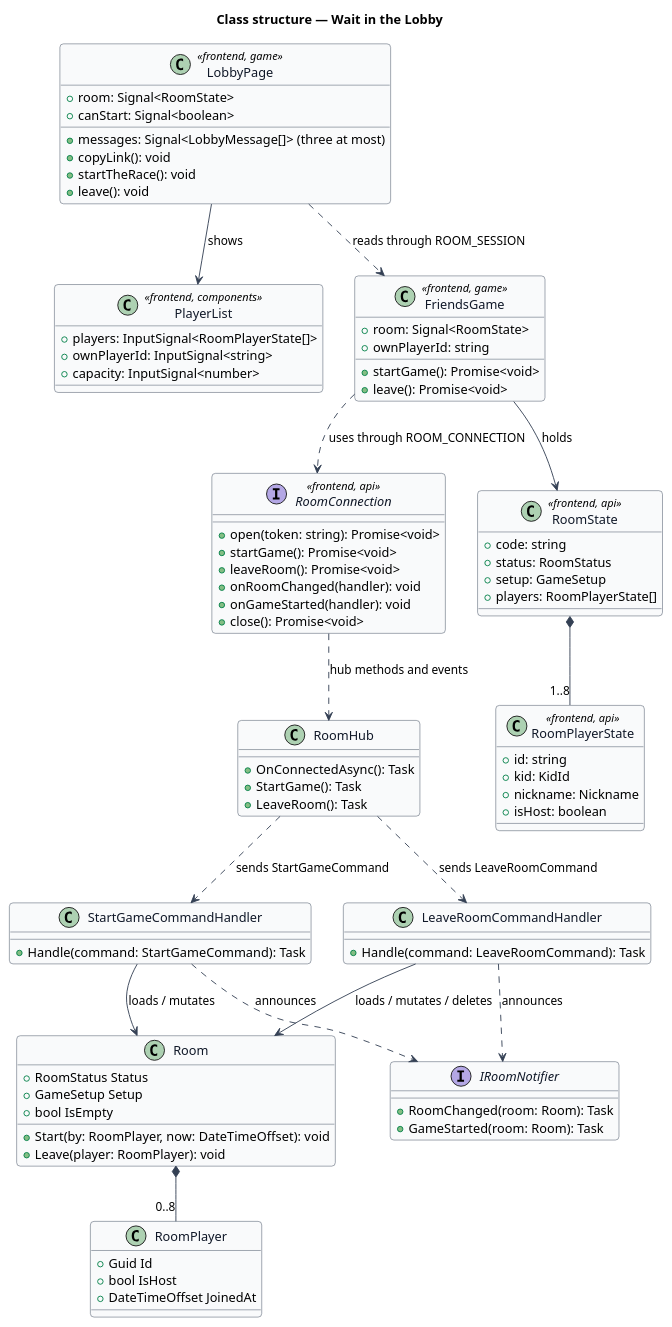
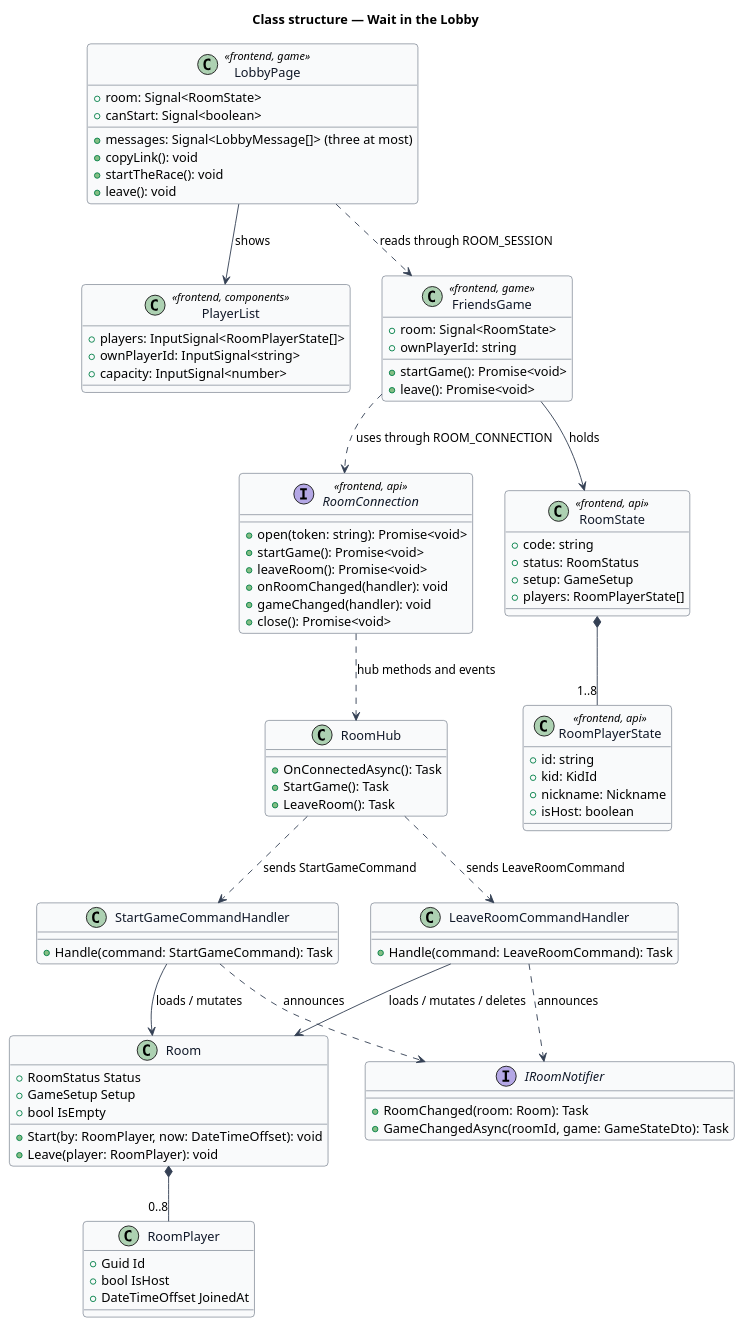
One commit to QuinntyneBrown/around-the-world changed the diagram in docs/detailed-designs/rooms/wait-in-lobby/diagrams/class-structure.puml. Above: the diagram before and after it, drawn with PlantUML. The commit also changed 20 other files, not shown here.

First line of the commit message:
Journey 14: mark it complete, record its lessons, the budget, the diagrams and the components extended

```diff
--- a/docs/detailed-designs/rooms/wait-in-lobby/diagrams/class-structure.puml
+++ b/docs/detailed-designs/rooms/wait-in-lobby/diagrams/class-structure.puml
@@ -1,96 +1,96 @@
 @startuml
 ' --- shared skin header ---
 skinparam backgroundColor #FFFFFF
 skinparam shadowing false
 skinparam roundcorner 8
 skinparam defaultFontName Arial
 skinparam ArrowColor #344054
 skinparam class {
   BorderColor #344054
   FontColor #101828
   BackgroundColor #F9FAFB
 }
 ' --------------------------
 title Class structure — Wait in the Lobby
 
 class LobbyPage <<frontend, game>> {
   +room: Signal<RoomState>
   +canStart: Signal<boolean>
   +messages: Signal<LobbyMessage[]> (three at most)
   +copyLink(): void
   +startTheRace(): void
   +leave(): void
 }
 class PlayerList <<frontend, components>> {
   +players: InputSignal<RoomPlayerState[]>
   +ownPlayerId: InputSignal<string>
   +capacity: InputSignal<number>
 }
 class FriendsGame <<frontend, game>> {
   +room: Signal<RoomState>
   +ownPlayerId: string
   +startGame(): Promise<void>
   +leave(): Promise<void>
 }
 interface RoomConnection <<frontend, api>> {
   +open(token: string): Promise<void>
   +startGame(): Promise<void>
   +leaveRoom(): Promise<void>
   +onRoomChanged(handler): void
-  +onGameStarted(handler): void
+  +gameChanged(handler): void
   +close(): Promise<void>
 }
 class RoomState <<frontend, api>> {
   +code: string
   +status: RoomStatus
   +setup: GameSetup
   +players: RoomPlayerState[]
 }
 class RoomPlayerState <<frontend, api>> {
   +id: string
   +kid: KidId
   +nickname: Nickname
   +isHost: boolean
 }
 class RoomHub {
   +OnConnectedAsync(): Task
   +StartGame(): Task
   +LeaveRoom(): Task
 }
 class StartGameCommandHandler {
   +Handle(command: StartGameCommand): Task
 }
 class LeaveRoomCommandHandler {
   +Handle(command: LeaveRoomCommand): Task
 }
 class Room {
   +RoomStatus Status
   +GameSetup Setup
   +Start(by: RoomPlayer, now: DateTimeOffset): void
   +Leave(player: RoomPlayer): void
   +bool IsEmpty
 }
 class RoomPlayer {
   +Guid Id
   +bool IsHost
   +DateTimeOffset JoinedAt
 }
 interface IRoomNotifier {
   +RoomChanged(room: Room): Task
-  +GameStarted(room: Room): Task
+  +GameChangedAsync(roomId, game: GameStateDto): Task
 }
 
 LobbyPage --> PlayerList : shows
 LobbyPage ..> FriendsGame : reads through ROOM_SESSION
 FriendsGame ..> RoomConnection : uses through ROOM_CONNECTION
 FriendsGame --> RoomState : holds
 RoomState *-- "1..8" RoomPlayerState
 RoomConnection ..> RoomHub : hub methods and events
 RoomHub ..> StartGameCommandHandler : sends StartGameCommand
 RoomHub ..> LeaveRoomCommandHandler : sends LeaveRoomCommand
 StartGameCommandHandler --> Room : loads / mutates
 LeaveRoomCommandHandler --> Room : loads / mutates / deletes
 StartGameCommandHandler ..> IRoomNotifier : announces
 LeaveRoomCommandHandler ..> IRoomNotifier : announces
 Room *-- "0..8" RoomPlayer
 @enduml
```
